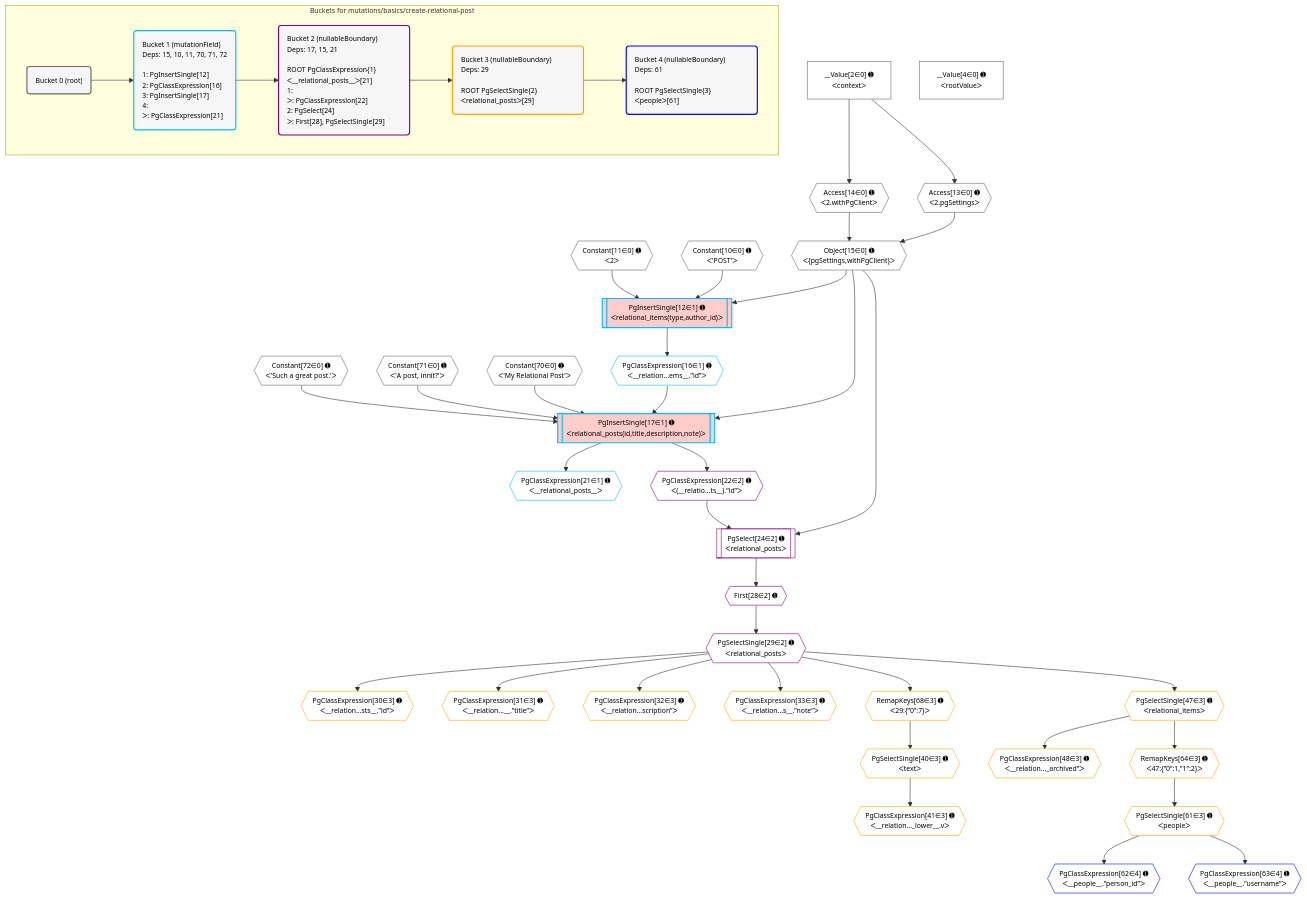
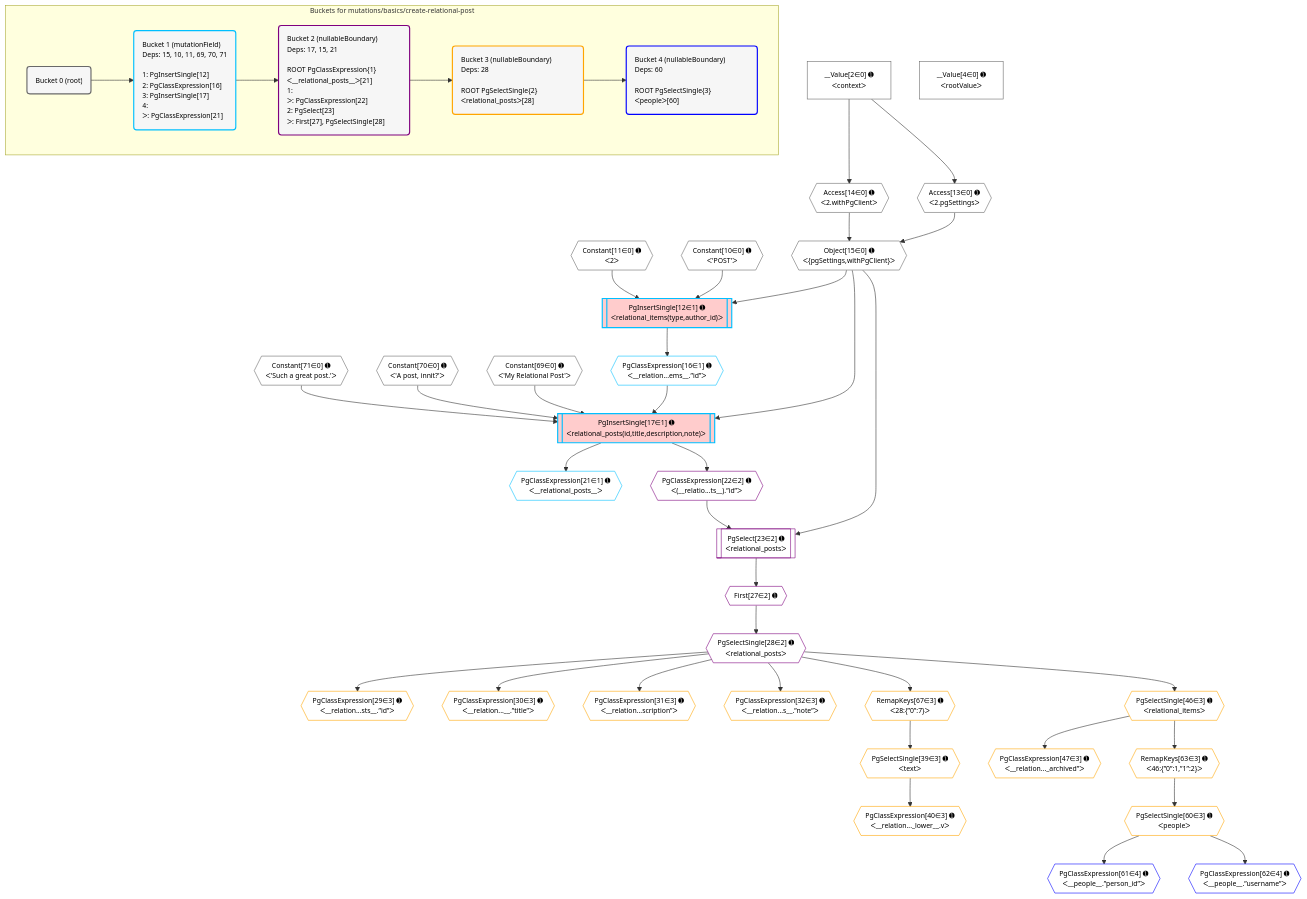
Before and after one commit to graphile/crystal: the diagram in grafast/dataplan-pg/__tests__/mutations/basics/create-relational-post.mermaid, drawn with Mermaid. The commit also changed 8 other files, not shown here.

```diff
--- a/grafast/dataplan-pg/__tests__/mutations/basics/create-relational-post.mermaid
+++ b/grafast/dataplan-pg/__tests__/mutations/basics/create-relational-post.mermaid
@@ -1,90 +1,90 @@
 %%{init: {'themeVariables': { 'fontSize': '12px'}}}%%
 graph TD
     classDef path fill:#eee,stroke:#000,color:#000
     classDef plan fill:#fff,stroke-width:1px,color:#000
     classDef itemplan fill:#fff,stroke-width:2px,color:#000
     classDef unbatchedplan fill:#dff,stroke-width:1px,color:#000
     classDef sideeffectplan fill:#fcc,stroke-width:2px,color:#000
     classDef bucket fill:#f6f6f6,color:#000,stroke-width:2px,text-align:left
 
 
     %% plan dependencies
     Object15{{"Object[15∈0] ➊<br />ᐸ{pgSettings,withPgClient}ᐳ"}}:::plan
     Access13{{"Access[13∈0] ➊<br />ᐸ2.pgSettingsᐳ"}}:::plan
     Access14{{"Access[14∈0] ➊<br />ᐸ2.withPgClientᐳ"}}:::plan
     Access13 & Access14 --> Object15
     __Value2["__Value[2∈0] ➊<br />ᐸcontextᐳ"]:::plan
     __Value2 --> Access13
     __Value2 --> Access14
     __Value4["__Value[4∈0] ➊<br />ᐸrootValueᐳ"]:::plan
     Constant10{{"Constant[10∈0] ➊<br />ᐸ'POST'ᐳ"}}:::plan
     Constant11{{"Constant[11∈0] ➊<br />ᐸ2ᐳ"}}:::plan
-    Constant70{{"Constant[70∈0] ➊<br />ᐸ'My Relational Post'ᐳ"}}:::plan
-    Constant71{{"Constant[71∈0] ➊<br />ᐸ'A post, innit?'ᐳ"}}:::plan
-    Constant72{{"Constant[72∈0] ➊<br />ᐸ'Such a great post.'ᐳ"}}:::plan
+    Constant69{{"Constant[69∈0] ➊<br />ᐸ'My Relational Post'ᐳ"}}:::plan
+    Constant70{{"Constant[70∈0] ➊<br />ᐸ'A post, innit?'ᐳ"}}:::plan
+    Constant71{{"Constant[71∈0] ➊<br />ᐸ'Such a great post.'ᐳ"}}:::plan
     PgInsertSingle17[["PgInsertSingle[17∈1] ➊<br />ᐸrelational_posts(id,title,description,note)ᐳ"]]:::sideeffectplan
     PgClassExpression16{{"PgClassExpression[16∈1] ➊<br />ᐸ__relation...ems__.”id”ᐳ"}}:::plan
-    Object15 & PgClassExpression16 & Constant70 & Constant71 & Constant72 --> PgInsertSingle17
+    Object15 & PgClassExpression16 & Constant69 & Constant70 & Constant71 --> PgInsertSingle17
     PgInsertSingle12[["PgInsertSingle[12∈1] ➊<br />ᐸrelational_items(type,author_id)ᐳ"]]:::sideeffectplan
     Object15 & Constant10 & Constant11 --> PgInsertSingle12
     PgInsertSingle12 --> PgClassExpression16
     PgClassExpression21{{"PgClassExpression[21∈1] ➊<br />ᐸ__relational_posts__ᐳ"}}:::plan
     PgInsertSingle17 --> PgClassExpression21
-    PgSelect24[["PgSelect[24∈2] ➊<br />ᐸrelational_postsᐳ"]]:::plan
+    PgSelect23[["PgSelect[23∈2] ➊<br />ᐸrelational_postsᐳ"]]:::plan
     PgClassExpression22{{"PgClassExpression[22∈2] ➊<br />ᐸ(__relatio...ts__).”id”ᐳ"}}:::plan
-    Object15 & PgClassExpression22 --> PgSelect24
+    Object15 & PgClassExpression22 --> PgSelect23
     PgInsertSingle17 --> PgClassExpression22
-    First28{{"First[28∈2] ➊"}}:::plan
-    PgSelect24 --> First28
-    PgSelectSingle29{{"PgSelectSingle[29∈2] ➊<br />ᐸrelational_postsᐳ"}}:::plan
-    First28 --> PgSelectSingle29
-    PgClassExpression30{{"PgClassExpression[30∈3] ➊<br />ᐸ__relation...sts__.”id”ᐳ"}}:::plan
-    PgSelectSingle29 --> PgClassExpression30
-    PgClassExpression31{{"PgClassExpression[31∈3] ➊<br />ᐸ__relation...__.”title”ᐳ"}}:::plan
-    PgSelectSingle29 --> PgClassExpression31
-    PgClassExpression32{{"PgClassExpression[32∈3] ➊<br />ᐸ__relation...scription”ᐳ"}}:::plan
-    PgSelectSingle29 --> PgClassExpression32
-    PgClassExpression33{{"PgClassExpression[33∈3] ➊<br />ᐸ__relation...s__.”note”ᐳ"}}:::plan
-    PgSelectSingle29 --> PgClassExpression33
-    PgSelectSingle40{{"PgSelectSingle[40∈3] ➊<br />ᐸtextᐳ"}}:::plan
-    RemapKeys68{{"RemapKeys[68∈3] ➊<br />ᐸ29:{”0”:7}ᐳ"}}:::plan
-    RemapKeys68 --> PgSelectSingle40
-    PgClassExpression41{{"PgClassExpression[41∈3] ➊<br />ᐸ__relation..._lower__.vᐳ"}}:::plan
-    PgSelectSingle40 --> PgClassExpression41
-    PgSelectSingle47{{"PgSelectSingle[47∈3] ➊<br />ᐸrelational_itemsᐳ"}}:::plan
-    PgSelectSingle29 --> PgSelectSingle47
-    PgClassExpression48{{"PgClassExpression[48∈3] ➊<br />ᐸ__relation..._archived”ᐳ"}}:::plan
-    PgSelectSingle47 --> PgClassExpression48
-    PgSelectSingle61{{"PgSelectSingle[61∈3] ➊<br />ᐸpeopleᐳ"}}:::plan
-    RemapKeys64{{"RemapKeys[64∈3] ➊<br />ᐸ47:{”0”:1,”1”:2}ᐳ"}}:::plan
-    RemapKeys64 --> PgSelectSingle61
-    PgSelectSingle47 --> RemapKeys64
-    PgSelectSingle29 --> RemapKeys68
-    PgClassExpression62{{"PgClassExpression[62∈4] ➊<br />ᐸ__people__.”person_id”ᐳ"}}:::plan
-    PgSelectSingle61 --> PgClassExpression62
-    PgClassExpression63{{"PgClassExpression[63∈4] ➊<br />ᐸ__people__.”username”ᐳ"}}:::plan
-    PgSelectSingle61 --> PgClassExpression63
+    First27{{"First[27∈2] ➊"}}:::plan
+    PgSelect23 --> First27
+    PgSelectSingle28{{"PgSelectSingle[28∈2] ➊<br />ᐸrelational_postsᐳ"}}:::plan
+    First27 --> PgSelectSingle28
+    PgClassExpression29{{"PgClassExpression[29∈3] ➊<br />ᐸ__relation...sts__.”id”ᐳ"}}:::plan
+    PgSelectSingle28 --> PgClassExpression29
+    PgClassExpression30{{"PgClassExpression[30∈3] ➊<br />ᐸ__relation...__.”title”ᐳ"}}:::plan
+    PgSelectSingle28 --> PgClassExpression30
+    PgClassExpression31{{"PgClassExpression[31∈3] ➊<br />ᐸ__relation...scription”ᐳ"}}:::plan
+    PgSelectSingle28 --> PgClassExpression31
+    PgClassExpression32{{"PgClassExpression[32∈3] ➊<br />ᐸ__relation...s__.”note”ᐳ"}}:::plan
+    PgSelectSingle28 --> PgClassExpression32
+    PgSelectSingle39{{"PgSelectSingle[39∈3] ➊<br />ᐸtextᐳ"}}:::plan
+    RemapKeys67{{"RemapKeys[67∈3] ➊<br />ᐸ28:{”0”:7}ᐳ"}}:::plan
+    RemapKeys67 --> PgSelectSingle39
+    PgClassExpression40{{"PgClassExpression[40∈3] ➊<br />ᐸ__relation..._lower__.vᐳ"}}:::plan
+    PgSelectSingle39 --> PgClassExpression40
+    PgSelectSingle46{{"PgSelectSingle[46∈3] ➊<br />ᐸrelational_itemsᐳ"}}:::plan
+    PgSelectSingle28 --> PgSelectSingle46
+    PgClassExpression47{{"PgClassExpression[47∈3] ➊<br />ᐸ__relation..._archived”ᐳ"}}:::plan
+    PgSelectSingle46 --> PgClassExpression47
+    PgSelectSingle60{{"PgSelectSingle[60∈3] ➊<br />ᐸpeopleᐳ"}}:::plan
+    RemapKeys63{{"RemapKeys[63∈3] ➊<br />ᐸ46:{”0”:1,”1”:2}ᐳ"}}:::plan
+    RemapKeys63 --> PgSelectSingle60
+    PgSelectSingle46 --> RemapKeys63
+    PgSelectSingle28 --> RemapKeys67
+    PgClassExpression61{{"PgClassExpression[61∈4] ➊<br />ᐸ__people__.”person_id”ᐳ"}}:::plan
+    PgSelectSingle60 --> PgClassExpression61
+    PgClassExpression62{{"PgClassExpression[62∈4] ➊<br />ᐸ__people__.”username”ᐳ"}}:::plan
+    PgSelectSingle60 --> PgClassExpression62
 
     %% define steps
 
     subgraph "Buckets for mutations/basics/create-relational-post"
     Bucket0("Bucket 0 (root)"):::bucket
     classDef bucket0 stroke:#696969
-    class Bucket0,__Value2,__Value4,Constant10,Constant11,Access13,Access14,Object15,Constant70,Constant71,Constant72 bucket0
-    Bucket1("Bucket 1 (mutationField)<br />Deps: 15, 10, 11, 70, 71, 72<br /><br />1: PgInsertSingle[12]<br />2: PgClassExpression[16]<br />3: PgInsertSingle[17]<br />4: <br />ᐳ: PgClassExpression[21]"):::bucket
+    class Bucket0,__Value2,__Value4,Constant10,Constant11,Access13,Access14,Object15,Constant69,Constant70,Constant71 bucket0
+    Bucket1("Bucket 1 (mutationField)<br />Deps: 15, 10, 11, 69, 70, 71<br /><br />1: PgInsertSingle[12]<br />2: PgClassExpression[16]<br />3: PgInsertSingle[17]<br />4: <br />ᐳ: PgClassExpression[21]"):::bucket
     classDef bucket1 stroke:#00bfff
     class Bucket1,PgInsertSingle12,PgClassExpression16,PgInsertSingle17,PgClassExpression21 bucket1
-    Bucket2("Bucket 2 (nullableBoundary)<br />Deps: 17, 15, 21<br /><br />ROOT PgClassExpression{1}ᐸ__relational_posts__ᐳ[21]<br />1: <br />ᐳ: PgClassExpression[22]<br />2: PgSelect[24]<br />ᐳ: First[28], PgSelectSingle[29]"):::bucket
+    Bucket2("Bucket 2 (nullableBoundary)<br />Deps: 17, 15, 21<br /><br />ROOT PgClassExpression{1}ᐸ__relational_posts__ᐳ[21]<br />1: <br />ᐳ: PgClassExpression[22]<br />2: PgSelect[23]<br />ᐳ: First[27], PgSelectSingle[28]"):::bucket
     classDef bucket2 stroke:#7f007f
-    class Bucket2,PgClassExpression22,PgSelect24,First28,PgSelectSingle29 bucket2
-    Bucket3("Bucket 3 (nullableBoundary)<br />Deps: 29<br /><br />ROOT PgSelectSingle{2}ᐸrelational_postsᐳ[29]"):::bucket
+    class Bucket2,PgClassExpression22,PgSelect23,First27,PgSelectSingle28 bucket2
+    Bucket3("Bucket 3 (nullableBoundary)<br />Deps: 28<br /><br />ROOT PgSelectSingle{2}ᐸrelational_postsᐳ[28]"):::bucket
     classDef bucket3 stroke:#ffa500
-    class Bucket3,PgClassExpression30,PgClassExpression31,PgClassExpression32,PgClassExpression33,PgSelectSingle40,PgClassExpression41,PgSelectSingle47,PgClassExpression48,PgSelectSingle61,RemapKeys64,RemapKeys68 bucket3
-    Bucket4("Bucket 4 (nullableBoundary)<br />Deps: 61<br /><br />ROOT PgSelectSingle{3}ᐸpeopleᐳ[61]"):::bucket
+    class Bucket3,PgClassExpression29,PgClassExpression30,PgClassExpression31,PgClassExpression32,PgSelectSingle39,PgClassExpression40,PgSelectSingle46,PgClassExpression47,PgSelectSingle60,RemapKeys63,RemapKeys67 bucket3
+    Bucket4("Bucket 4 (nullableBoundary)<br />Deps: 60<br /><br />ROOT PgSelectSingle{3}ᐸpeopleᐳ[60]"):::bucket
     classDef bucket4 stroke:#0000ff
-    class Bucket4,PgClassExpression62,PgClassExpression63 bucket4
+    class Bucket4,PgClassExpression61,PgClassExpression62 bucket4
     Bucket0 --> Bucket1
     Bucket1 --> Bucket2
     Bucket2 --> Bucket3
     Bucket3 --> Bucket4
     end
```
